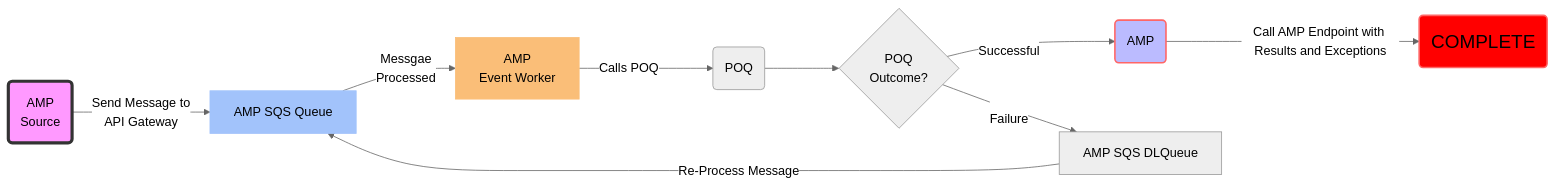
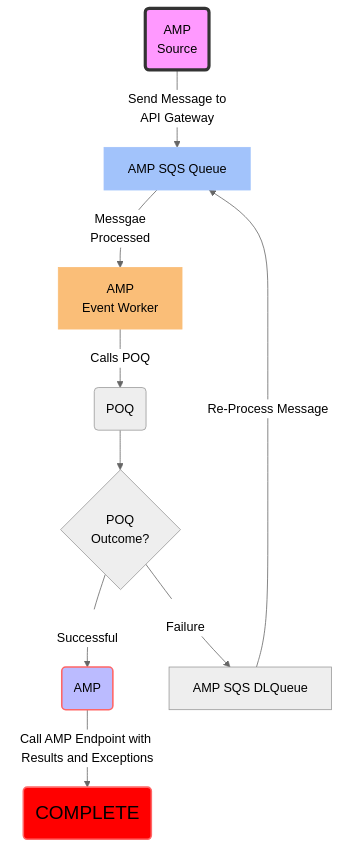
Before and after one commit to travellingcoderr/travellingcoderr: the first of 3 diagrams in README.md, drawn with Mermaid (neutral theme).

````diff
--- a/README.md
+++ b/README.md
@@ -1,26 +1,28 @@
 ```mermaid
-flowchart LR
+flowchart TB
 
 A(AMP <br /> Source)
 A -->|Send Message to <br/> API Gateway| B[AMP SQS Queue]
 B -->|Messgae <br />Processed| C[AMP <br /> Event Worker]
 C -->|Calls POQ| D(POQ)
 D -->E{POQ <br /> Outcome?}
 E -->|<br />Successful| F(AMP)
 F -->|Call AMP Endpoint with Results and Exceptions| COMPLETE(<font size=5>COMPLETE)
 E -->|<br />Failure| G[AMP SQS DLQueue]
 G -->|Re-Process Message| B[AMP SQS Queue]
+
+%% CSS Styles
 style A fill:#f9f,stroke:#333,stroke-width:4px
 style F fill:#bbf,stroke:#f66,stroke-width:2px
 style COMPLETE fill:#FF0000,stroke:#f66,stroke-width:2px
 
-%% Set the classes.
+%% Set the classes
 classDef success fill:#8FD27F,stroke:#8FD27F;
 classDef flow fill:#A2C3FB,stroke:#A2C3FB;
 classDef quest fill:#FABE78,stroke:#FABE78;
 
-%% Assign the classes.
+%% Assign the classes
 class A success;
 class B flow;
 class C quest;
 ```
````
